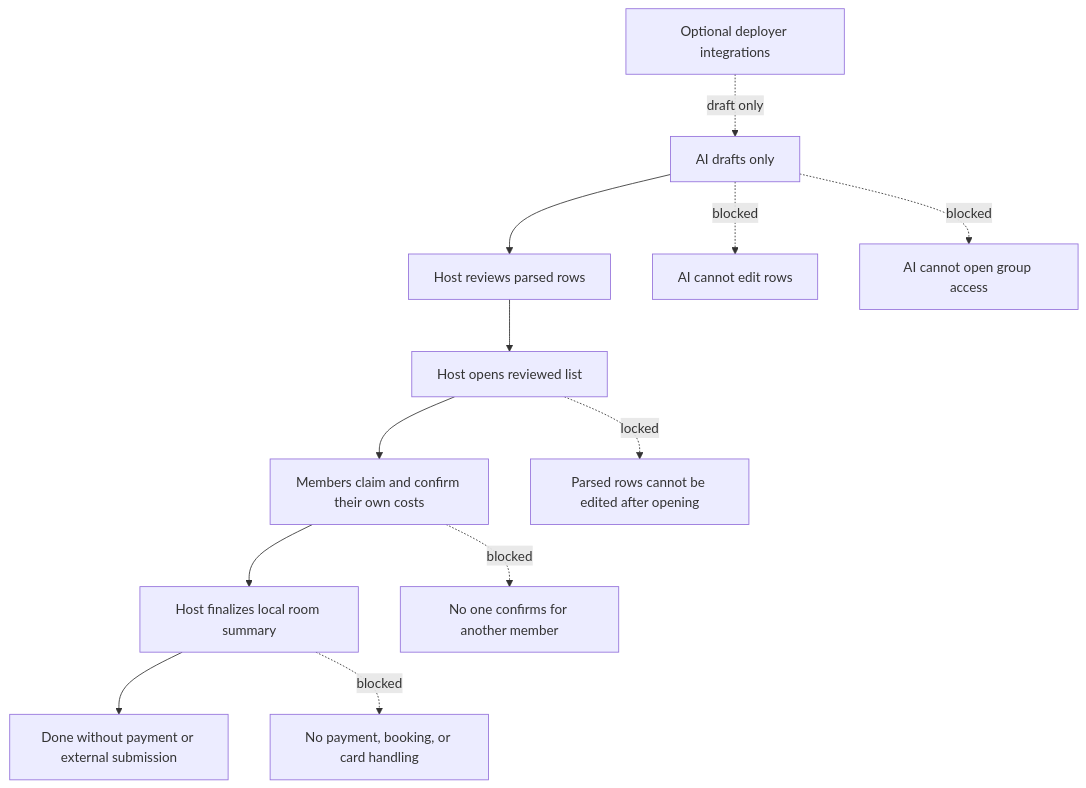
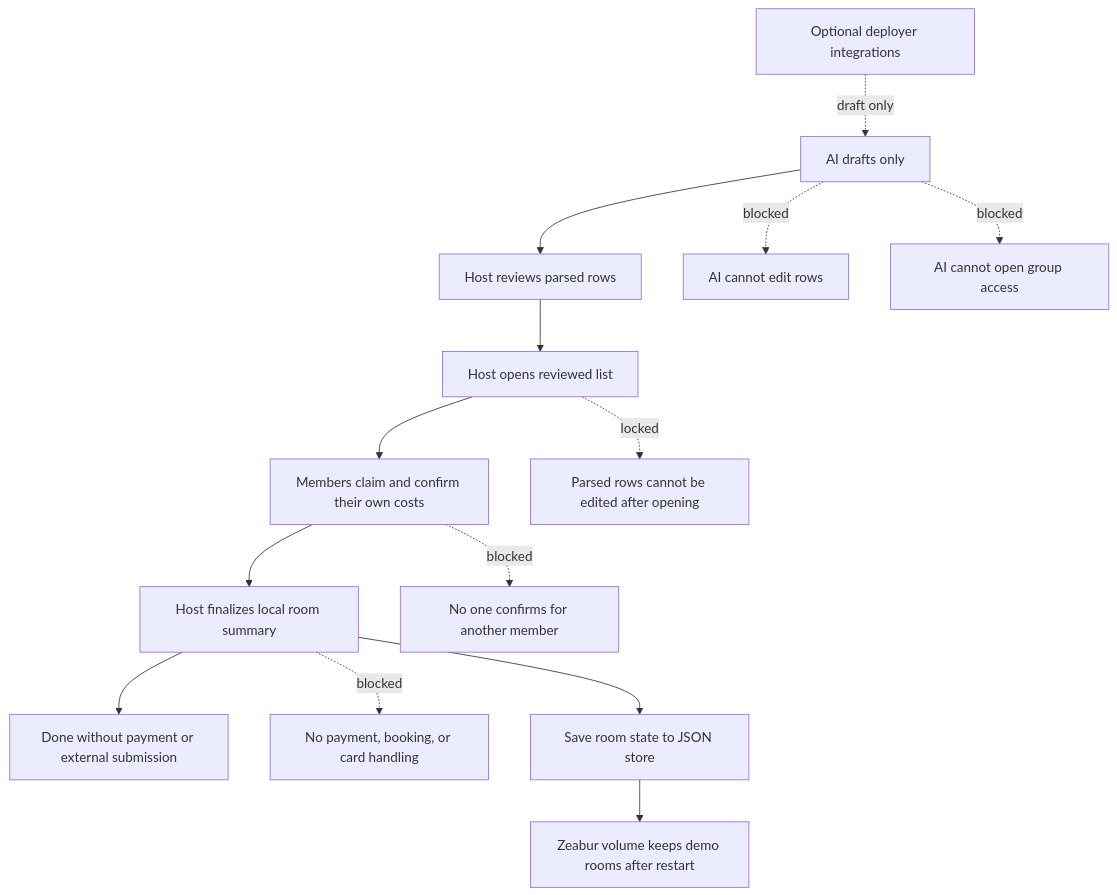
The second of 2 diagrams in README.md (jiarong0423/shared-room-mcp), drawn with Mermaid before and after one commit. The commit also changed other lines of this file and 6 other files, not shown here.

Commit message:
Align submission diagrams and export manifest

````diff
--- a/README.md
+++ b/README.md
@@ -191,16 +197,19 @@
 ```mermaid
 flowchart TD
   A[AI drafts only] --> B[Host reviews parsed rows]
   B --> C[Host opens reviewed list]
   C --> D[Members claim and confirm their own costs]
   D --> E[Host finalizes local room summary]
   E --> DONE[Done without payment or external submission]
 
   A -. blocked .-> X1[AI cannot edit rows]
   A -. blocked .-> X2[AI cannot open group access]
   C -. locked .-> X3[Parsed rows cannot be edited after opening]
   D -. blocked .-> X4[No one confirms for another member]
   E -. blocked .-> X5[No payment, booking, or card handling]
 
+  E --> SAVE[Save room state to JSON store]
+  SAVE --> VOL[Zeabur volume keeps demo rooms after restart]
+
   OPTIONAL[Optional deployer integrations] -. draft only .-> A
 ```
````
